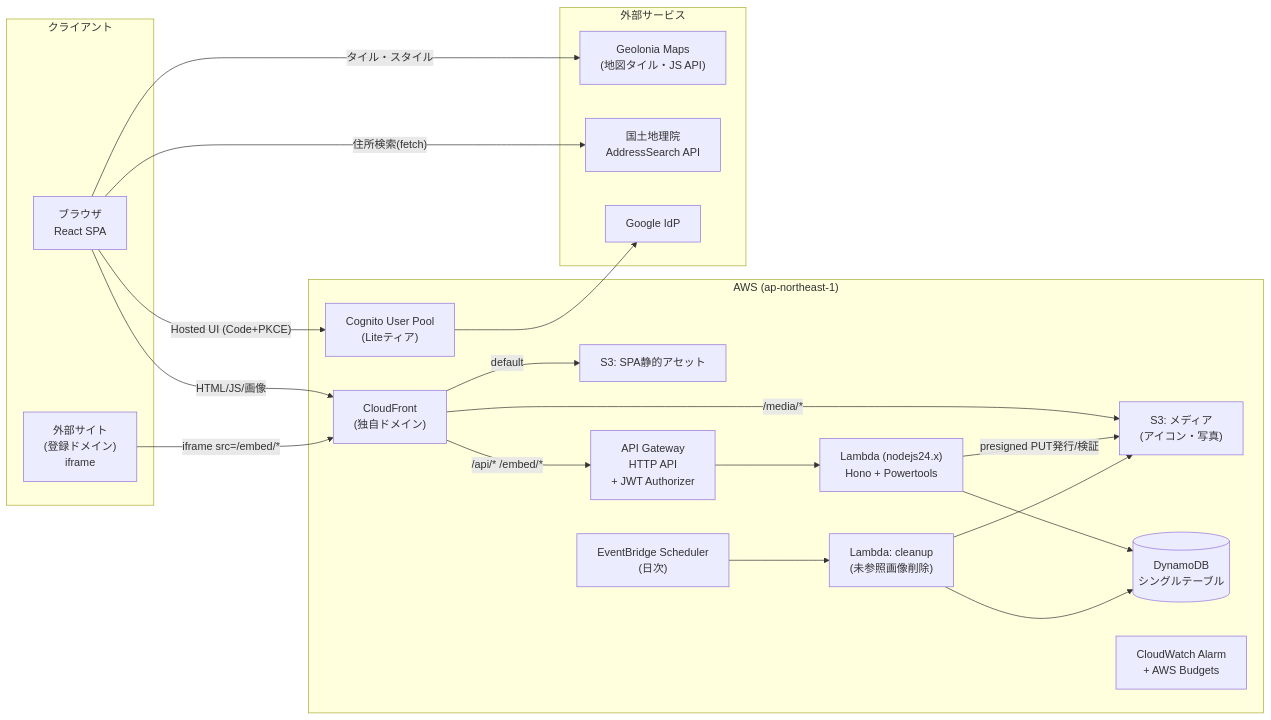
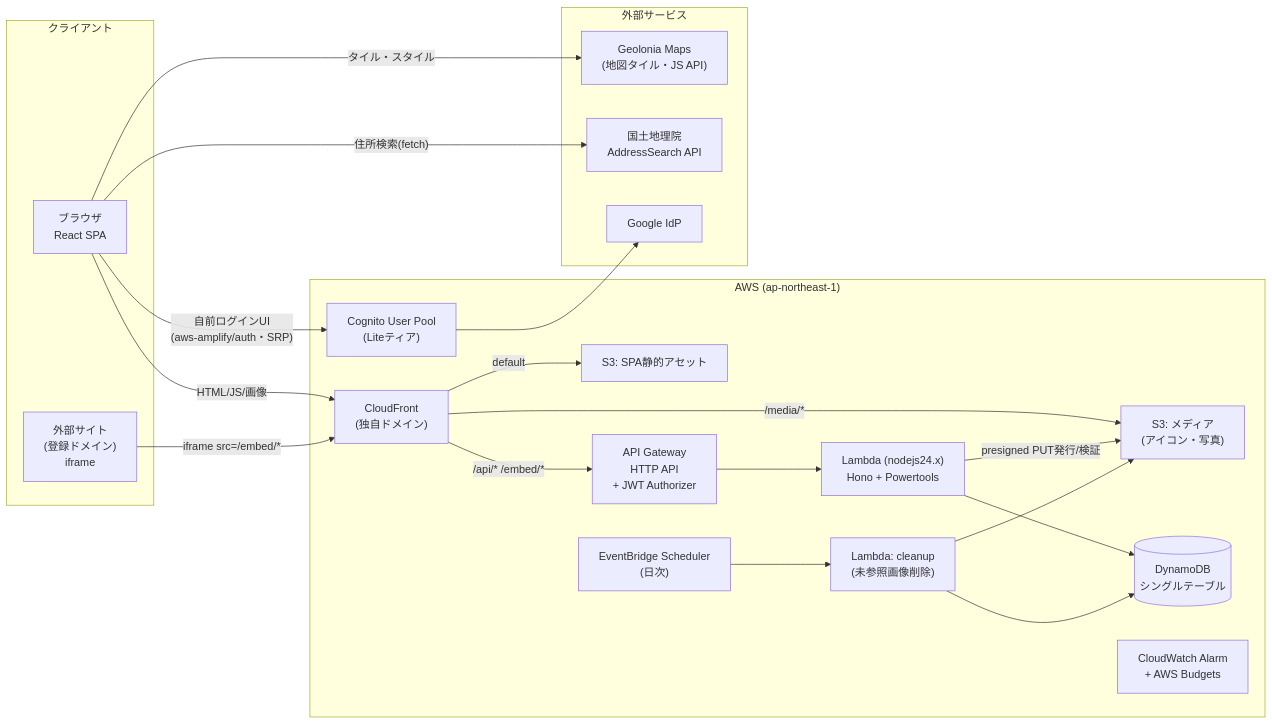
The diagram in docs/spec/02_design.md (tasaishogo/oriorimap), drawn with Mermaid before and after one commit. The commit also changed other lines of this file and 5 other files, not shown here.

````diff
--- a/docs/spec/02_design.md
+++ b/docs/spec/02_design.md
@@ -14,42 +14,42 @@
 ```mermaid
 graph LR
   subgraph Client["クライアント"]
     B["ブラウザ<br/>React SPA"]
     EX["外部サイト<br/>(登録ドメイン)<br/>iframe"]
   end
 
   subgraph AWS["AWS (ap-northeast-1)"]
     CF["CloudFront<br/>(独自ドメイン)"]
     S3F["S3: SPA静的アセット"]
     S3M["S3: メディア<br/>(アイコン・写真)"]
     APIGW["API Gateway<br/>HTTP API<br/>+ JWT Authorizer"]
     L["Lambda (nodejs24.x)<br/>Hono + Powertools"]
     DDB[("DynamoDB<br/>シングルテーブル")]
     COG["Cognito User Pool<br/>(Liteティア)"]
     SCH["EventBridge Scheduler<br/>(日次)"]
     LC["Lambda: cleanup<br/>(未参照画像削除)"]
     CW["CloudWatch Alarm<br/>+ AWS Budgets"]
   end
 
   subgraph EXT["外部サービス"]
     GEO["Geolonia Maps<br/>(地図タイル・JS API)"]
     GSIA["国土地理院<br/>AddressSearch API"]
     GGL["Google IdP"]
   end
 
   B -->|"HTML/JS/画像"| CF
   EX -->|"iframe src=/embed/*"| CF
   CF -->|"default"| S3F
   CF -->|"/media/*"| S3M
   CF -->|"/api/* /embed/*"| APIGW
   APIGW --> L
   L --> DDB
   L -->|"presigned PUT発行/検証"| S3M
   B -->|"タイル・スタイル"| GEO
   B -->|"住所検索(fetch)"| GSIA
-  B -->|"Hosted UI (Code+PKCE)"| COG
+  B -->|"自前ログインUI<br/>(aws-amplify/auth・SRP)"| COG
   COG --> GGL
   SCH --> LC
   LC --> DDB
   LC --> S3M
 ```
````
